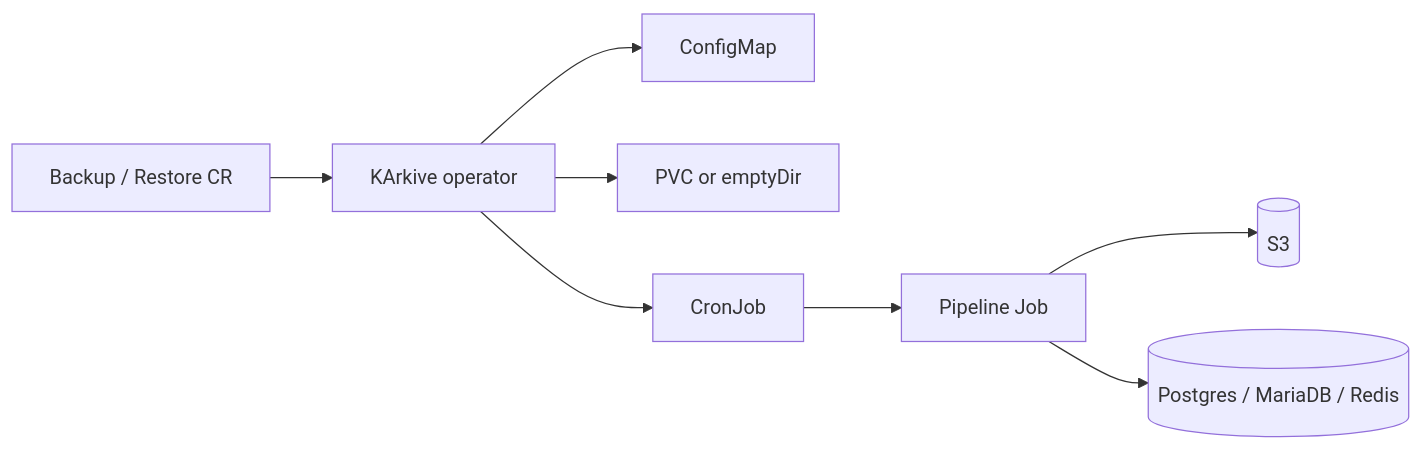
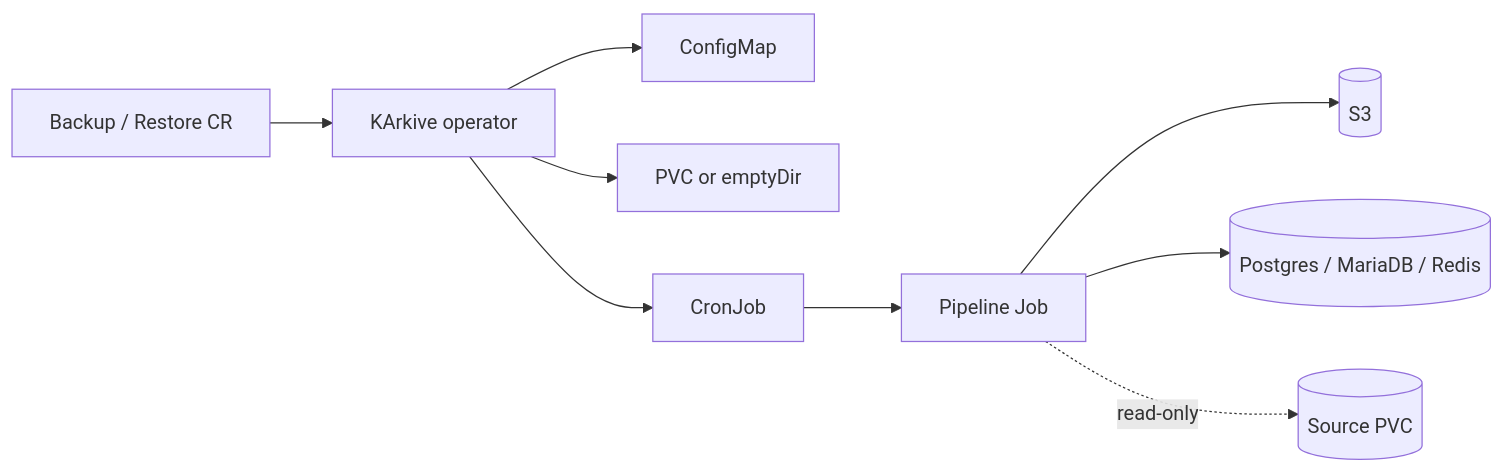
Before and after one commit to mahdidarabi/karkive: the diagram in README.md, drawn with Mermaid. The commit also changed other lines of this file and 36 other files, not shown here.

````diff
--- a/README.md
+++ b/README.md
@@ -51,10 +51,11 @@
 ```mermaid
 flowchart LR
   CR["Backup / Restore CR"] --> OP[KArkive operator]
   OP --> CM[ConfigMap]
   OP --> PVC[PVC or emptyDir]
   OP --> CJ[CronJob]
   CJ --> P[Pipeline Job]
   P --> S3[(S3)]
   P --> DB[(Postgres / MariaDB / Redis)]
+  P -. read-only .-> SRC[(Source PVC)]
 ```
````
